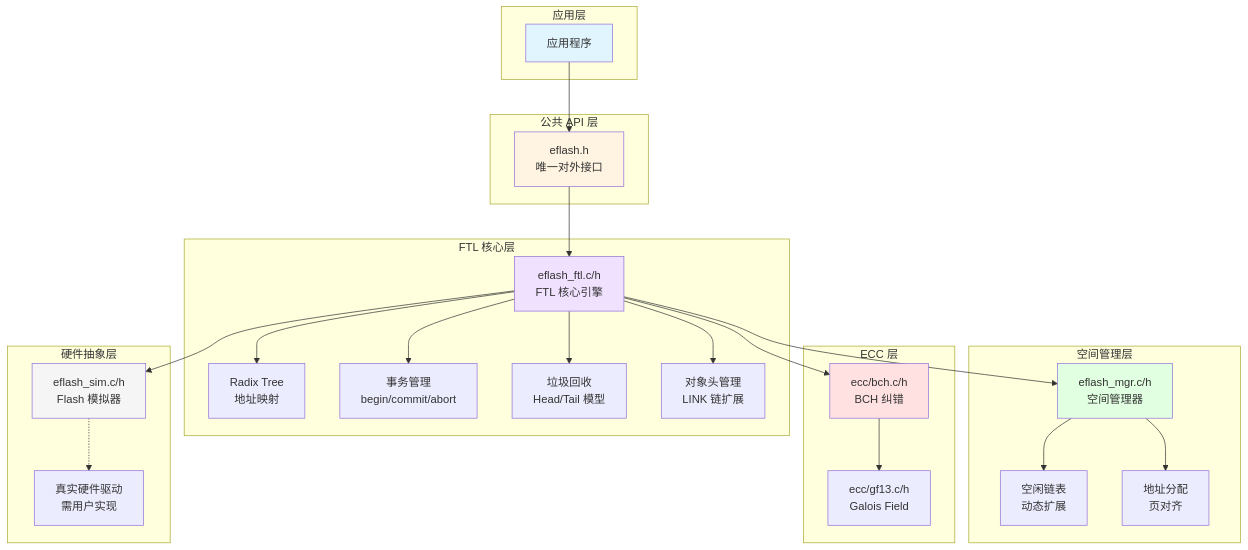
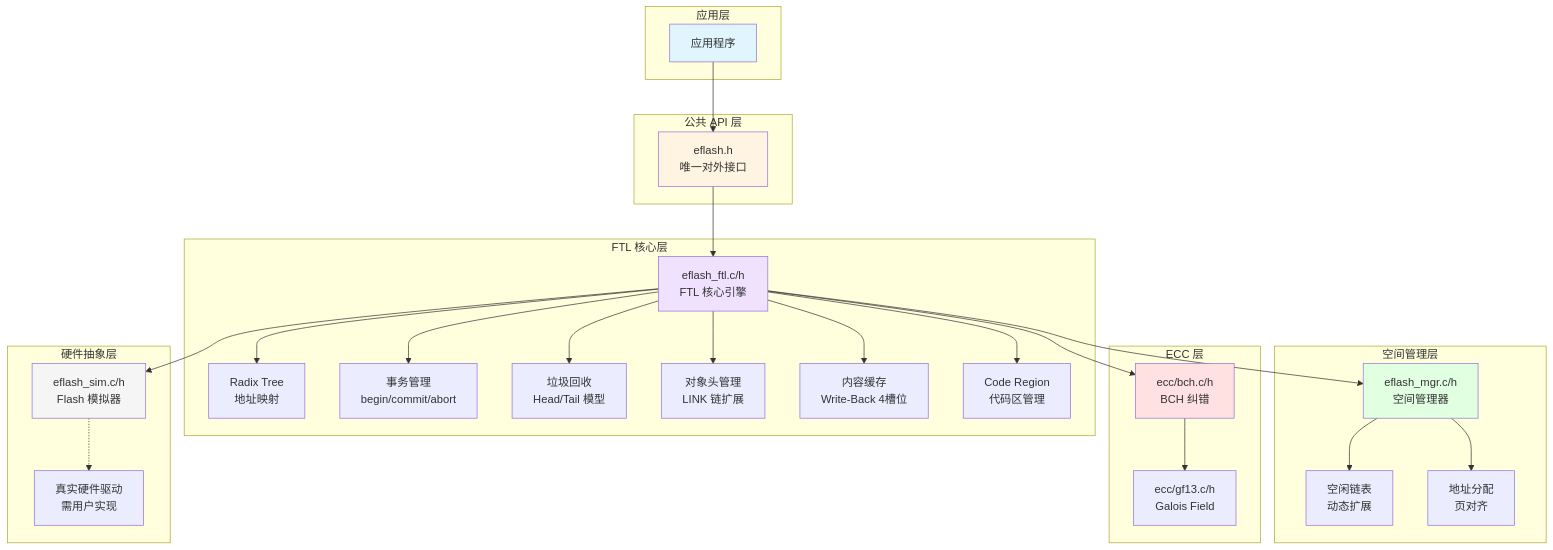
The second of 31 diagrams in DESIGN_OVERVIEW.md (wangjun796/eflash), drawn with Mermaid before and after one commit. The commit also changed other lines of this file and 3 other files, not shown here.

````diff
--- a/DESIGN_OVERVIEW.md
+++ b/DESIGN_OVERVIEW.md
@@ -69,55 +72,59 @@
 ```mermaid
 graph TB
     subgraph "应用层"
         APP[应用程序]
     end
 
     subgraph "公共 API 层"
         API[eflash.h<br/>唯一对外接口]
     end
 
     subgraph "FTL 核心层"
         FTL[eflash_ftl.c/h<br/>FTL 核心引擎]
         RADIX[Radix Tree<br/>地址映射]
         TXN[事务管理<br/>begin/commit/abort]
         GC[垃圾回收<br/>Head/Tail 模型]
         OBJ[对象头管理<br/>LINK 链扩展]
+        CACHE[内容缓存<br/>Write-Back 4槽位]
+        CODE[Code Region<br/>代码区管理]
     end
 
     subgraph "空间管理层"
         MGR[eflash_mgr.c/h<br/>空间管理器]
         FREE[空闲链表<br/>动态扩展]
         ALLOC[地址分配<br/>页对齐]
     end
 
     subgraph "ECC 层"
         ECC[ecc/bch.c/h<br/>BCH 纠错]
         GF[ecc/gf13.c/h<br/>Galois Field]
     end
 
     subgraph "硬件抽象层"
         SIM[eflash_sim.c/h<br/>Flash 模拟器]
         HW[真实硬件驱动<br/>需用户实现]
     end
 
     APP --> API
     API --> FTL
     FTL --> RADIX
     FTL --> TXN
     FTL --> GC
     FTL --> OBJ
+    FTL --> CACHE
+    FTL --> CODE
     FTL --> MGR
     MGR --> FREE
     MGR --> ALLOC
     FTL --> ECC
     ECC --> GF
     FTL --> SIM
     SIM -.-> HW
 
     style APP fill:#e1f5ff
     style API fill:#fff4e1
     style FTL fill:#f0e1ff
     style MGR fill:#e1ffe1
     style ECC fill:#ffe1e1
     style SIM fill:#f5f5f5
 ```
````
